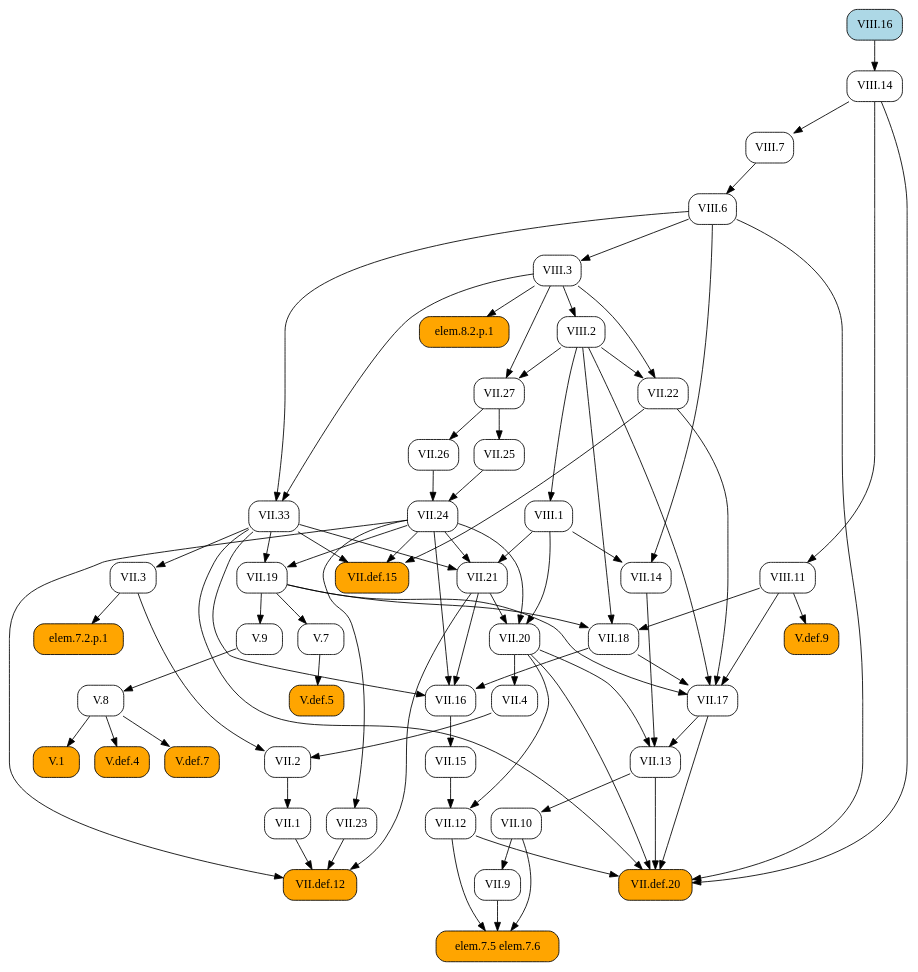
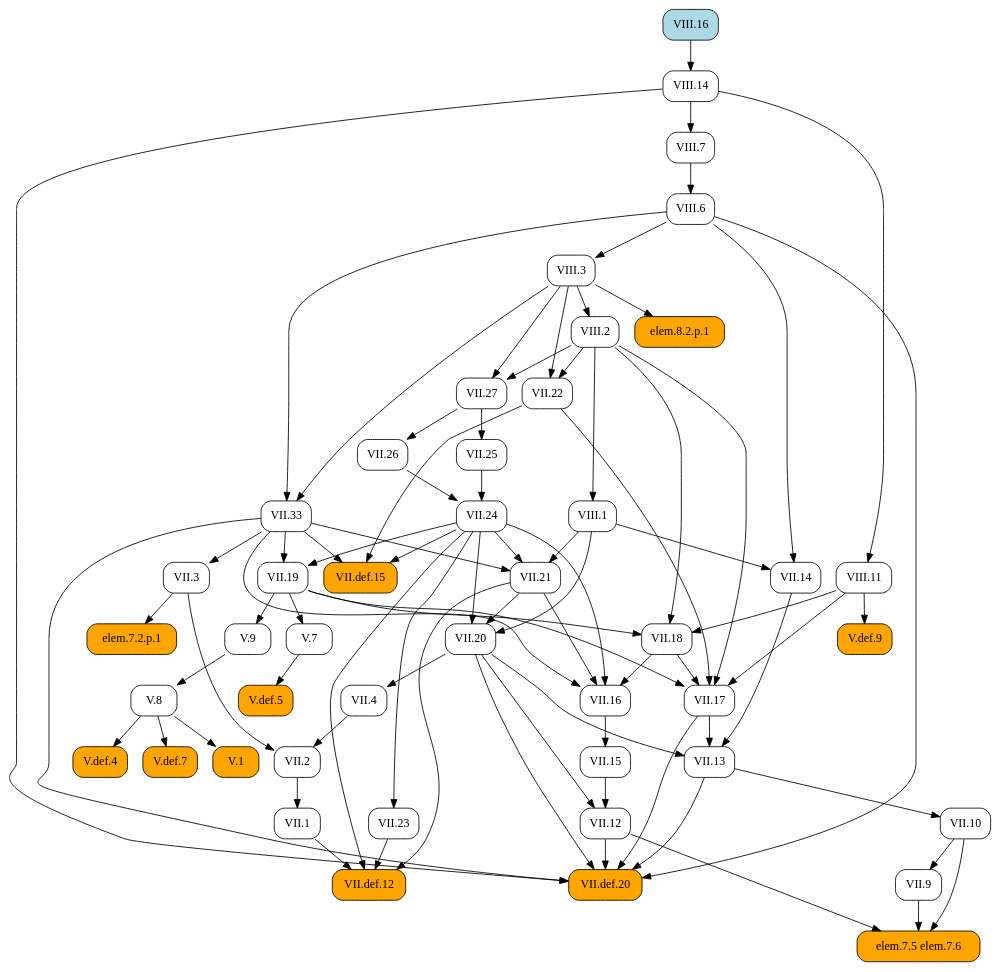
One commit to geometor/elements changed the diagram in docsrc/heath/VIII/16/index.rst. Above: the diagram before and after it, drawn with Graphviz. The commit also changed other lines of this file and 1029 other files, not shown here.

```diff
--- a/docsrc/heath/VIII/16/index.rst
+++ b/docsrc/heath/VIII/16/index.rst
@@ -36,83 +36,123 @@
    digraph {
      rankdir="TB";
      node [shape=box, style=rounded];
-     "V.1" [style="rounded,filled", fillcolor=orange, URL="/heath/V/1/", target="_top"];
+     "VII.1" [URL="/heath/VII/1/", target="_top"];
+     "VII.9" [URL="/heath/VII/9/", target="_top"];
+     "V.def.5" [style="rounded,filled", fillcolor=orange, URL="/heath/V/def.5/", target="_top"];
+     "VII.3" [URL="/heath/VII/3/", target="_top"];
+     "VII.17" [URL="/heath/VII/17/", target="_top"];
+     "elem.7.5 elem.7.6" [style="rounded,filled", fillcolor=orange];
+     "V.7" [URL="/heath/V/7/", target="_top"];
+     "V.9" [URL="/heath/V/9/", target="_top"];
+     "VII.13" [URL="/heath/VII/13/", target="_top"];
+     "VII.2" [URL="/heath/VII/2/", target="_top"];
+     "VIII.1" [URL="/heath/VIII/1/", target="_top"];
+     "VIII.2" [URL="/heath/VIII/2/", target="_top"];
+     "VIII.14" [URL="/heath/VIII/14/", target="_top"];
+     "VII.12" [URL="/heath/VII/12/", target="_top"];
      "VIII.16" [style="rounded,filled", fillcolor=lightblue, URL="/heath/VIII/16/", target="_top"];
-     "VII.12" [URL="/heath/VII/12/", target="_top"];
-     "VII.16" [URL="/heath/VII/16/", target="_top"];
-     "VII.13" [URL="/heath/VII/13/", target="_top"];
+     "VIII.6" [URL="/heath/VIII/6/", target="_top"];
+     "VII.24" [URL="/heath/VII/24/", target="_top"];
+     "VII.def.12" [style="rounded,filled", fillcolor=orange, URL="/heath/VII/def.12/", target="_top"];
+     "V.8" [URL="/heath/V/8/", target="_top"];
+     "VII.33" [URL="/heath/VII/33/", target="_top"];
+     "V.def.9" [style="rounded,filled", fillcolor=orange, URL="/heath/V/def.9/", target="_top"];
+     "elem.7.2.p.1" [style="rounded,filled", fillcolor=orange];
      "VIII.7" [URL="/heath/VIII/7/", target="_top"];
-     "VII.14" [URL="/heath/VII/14/", target="_top"];
-     "V.def.4" [style="rounded,filled", fillcolor=orange, URL="/heath/V/def.4/", target="_top"];
+     "VII.10" [URL="/heath/VII/10/", target="_top"];
      "VII.def.15" [style="rounded,filled", fillcolor=orange, URL="/heath/VII/def.15/", target="_top"];
      "VII.18" [URL="/heath/VII/18/", target="_top"];
-     "V.8" [URL="/heath/V/8/", target="_top"];
+     "VII.19" [URL="/heath/VII/19/", target="_top"];
+     "VIII.11" [URL="/heath/VIII/11/", target="_top"];
+     "VII.16" [URL="/heath/VII/16/", target="_top"];
+     "VII.26" [URL="/heath/VII/26/", target="_top"];
+     "VII.4" [URL="/heath/VII/4/", target="_top"];
+     "VII.25" [URL="/heath/VII/25/", target="_top"];
      "VII.21" [URL="/heath/VII/21/", target="_top"];
-     "V.7" [URL="/heath/V/7/", target="_top"];
+     "V.1" [style="rounded,filled", fillcolor=orange, URL="/heath/V/1/", target="_top"];
+     "VII.20" [URL="/heath/VII/20/", target="_top"];
+     "VII.14" [URL="/heath/VII/14/", target="_top"];
+     "VII.27" [URL="/heath/VII/27/", target="_top"];
+     "VIII.3" [URL="/heath/VIII/3/", target="_top"];
+     "V.def.4" [style="rounded,filled", fillcolor=orange, URL="/heath/V/def.4/", target="_top"];
+     "VII.22" [URL="/heath/VII/22/", target="_top"];
+     "V.def.7" [style="rounded,filled", fillcolor=orange, URL="/heath/V/def.7/", target="_top"];
+     "VII.23" [URL="/heath/VII/23/", target="_top"];
      "VII.15" [URL="/heath/VII/15/", target="_top"];
-     "VII.def.12" [style="rounded,filled", fillcolor=orange, URL="/heath/VII/def.12/", target="_top"];
-     "VII.2" [URL="/heath/VII/2/", target="_top"];
      "VII.def.20" [style="rounded,filled", fillcolor=orange, URL="/heath/VII/def.20/", target="_top"];
-     "VII.3" [URL="/heath/VII/3/", target="_top"];
-     "elem.7.5 elem.7.6" [style="rounded,filled", fillcolor=orange];
      "elem.8.2.p.1" [style="rounded,filled", fillcolor=orange];
-     "VII.10" [URL="/heath/VII/10/", target="_top"];
-     "V.def.7" [style="rounded,filled", fillcolor=orange, URL="/heath/V/def.7/", target="_top"];
-     "V.def.9" [style="rounded,filled", fillcolor=orange, URL="/heath/V/def.9/", target="_top"];
-     "VII.20" [URL="/heath/VII/20/", target="_top"];
-     "VIII.14" [URL="/heath/VIII/14/", target="_top"];
-     "VIII.11" [URL="/heath/VIII/11/", target="_top"];
-     "VII.9" [URL="/heath/VII/9/", target="_top"];
-     "VIII.1" [URL="/heath/VIII/1/", target="_top"];
-     "VII.25" [URL="/heath/VII/25/", target="_top"];
-     "VII.23" [URL="/heath/VII/23/", target="_top"];
-     "VII.27" [URL="/heath/VII/27/", target="_top"];
-     "VIII.2" [URL="/heath/VIII/2/", target="_top"];
-     "VII.24" [URL="/heath/VII/24/", target="_top"];
-     "VIII.3" [URL="/heath/VIII/3/", target="_top"];
-     "VII.19" [URL="/heath/VII/19/", target="_top"];
-     "VII.4" [URL="/heath/VII/4/", target="_top"];
-     "elem.7.2.p.1" [style="rounded,filled", fillcolor=orange];
-     "V.9" [URL="/heath/V/9/", target="_top"];
-     "VII.26" [URL="/heath/VII/26/", target="_top"];
-     "VIII.6" [URL="/heath/VIII/6/", target="_top"];
-     "VII.22" [URL="/heath/VII/22/", target="_top"];
-     "VII.1" [URL="/heath/VII/1/", target="_top"];
-     "VII.33" [URL="/heath/VII/33/", target="_top"];
-     "V.def.5" [style="rounded,filled", fillcolor=orange, URL="/heath/V/def.5/", target="_top"];
-     "VII.17" [URL="/heath/VII/17/", target="_top"];
-     "V.8" -> "V.1";
-     "VII.15" -> "VII.12";
-     "VII.20" -> "VII.12";
-     "VII.18" -> "VII.16";
-     "VII.21" -> "VII.16";
-     "VII.24" -> "VII.16";
-     "VII.33" -> "VII.16";
+     "VII.2" -> "VII.1";
+     "VII.10" -> "VII.9";
+     "V.7" -> "V.def.5";
+     "VII.33" -> "VII.3";
+     "VII.18" -> "VII.17";
+     "VII.19" -> "VII.17";
+     "VII.22" -> "VII.17";
+     "VIII.2" -> "VII.17";
+     "VIII.11" -> "VII.17";
+     "VII.9" -> "elem.7.5 elem.7.6";
+     "VII.10" -> "elem.7.5 elem.7.6";
+     "VII.12" -> "elem.7.5 elem.7.6";
+     "VII.19" -> "V.7";
+     "VII.19" -> "V.9";
      "VII.14" -> "VII.13";
      "VII.17" -> "VII.13";
      "VII.20" -> "VII.13";
+     "VII.3" -> "VII.2";
+     "VII.4" -> "VII.2";
+     "VIII.2" -> "VIII.1";
+     "VIII.3" -> "VIII.2";
+     "VIII.16" -> "VIII.14";
+     "VII.15" -> "VII.12";
+     "VII.20" -> "VII.12";
+     "VIII.7" -> "VIII.6";
+     "VII.25" -> "VII.24";
+     "VII.26" -> "VII.24";
+     "VII.1" -> "VII.def.12";
+     "VII.21" -> "VII.def.12";
+     "VII.23" -> "VII.def.12";
+     "VII.24" -> "VII.def.12";
+     "V.9" -> "V.8";
+     "VIII.3" -> "VII.33";
+     "VIII.6" -> "VII.33";
+     "VIII.11" -> "V.def.9";
+     "VII.3" -> "elem.7.2.p.1";
      "VIII.14" -> "VIII.7";
-     "VIII.1" -> "VII.14";
-     "VIII.6" -> "VII.14";
-     "V.8" -> "V.def.4";
+     "VII.13" -> "VII.10";
      "VII.22" -> "VII.def.15";
      "VII.24" -> "VII.def.15";
      "VII.33" -> "VII.def.15";
      "VII.19" -> "VII.18";
      "VIII.2" -> "VII.18";
      "VIII.11" -> "VII.18";
-     "V.9" -> "V.8";
+     "VII.24" -> "VII.19";
+     "VII.33" -> "VII.19";
+     "VIII.14" -> "VIII.11";
+     "VII.18" -> "VII.16";
+     "VII.21" -> "VII.16";
+     "VII.24" -> "VII.16";
+     "VII.33" -> "VII.16";
+     "VII.27" -> "VII.26";
+     "VII.20" -> "VII.4";
+     "VII.27" -> "VII.25";
      "VII.24" -> "VII.21";
      "VII.33" -> "VII.21";
      "VIII.1" -> "VII.21";
-     "VII.19" -> "V.7";
+     "V.8" -> "V.1";
+     "VII.21" -> "VII.20";
+     "VII.24" -> "VII.20";
+     "VIII.1" -> "VII.20";
+     "VIII.1" -> "VII.14";
+     "VIII.6" -> "VII.14";
+     "VIII.2" -> "VII.27";
+     "VIII.3" -> "VII.27";
+     "VIII.6" -> "VIII.3";
+     "V.8" -> "V.def.4";
+     "VIII.2" -> "VII.22";
+     "VIII.3" -> "VII.22";
+     "V.8" -> "V.def.7";
+     "VII.24" -> "VII.23";
      "VII.16" -> "VII.15";
-     "VII.1" -> "VII.def.12";
-     "VII.21" -> "VII.def.12";
-     "VII.23" -> "VII.def.12";
-     "VII.24" -> "VII.def.12";
-     "VII.3" -> "VII.2";
-     "VII.4" -> "VII.2";
      "VII.12" -> "VII.def.20";
      "VII.13" -> "VII.def.20";
      "VII.17" -> "VII.def.20";
@@ -120,45 +160,5 @@
      "VII.33" -> "VII.def.20";
      "VIII.6" -> "VII.def.20";
      "VIII.14" -> "VII.def.20";
-     "VII.33" -> "VII.3";
-     "VII.9" -> "elem.7.5 elem.7.6";
-     "VII.10" -> "elem.7.5 elem.7.6";
-     "VII.12" -> "elem.7.5 elem.7.6";
      "VIII.3" -> "elem.8.2.p.1";
-     "VII.13" -> "VII.10";
-     "V.8" -> "V.def.7";
-     "VIII.11" -> "V.def.9";
-     "VII.21" -> "VII.20";
-     "VII.24" -> "VII.20";
-     "VIII.1" -> "VII.20";
-     "VIII.16" -> "VIII.14";
-     "VIII.14" -> "VIII.11";
-     "VII.10" -> "VII.9";
-     "VIII.2" -> "VIII.1";
-     "VII.27" -> "VII.25";
-     "VII.24" -> "VII.23";
-     "VIII.2" -> "VII.27";
-     "VIII.3" -> "VII.27";
-     "VIII.3" -> "VIII.2";
-     "VII.25" -> "VII.24";
-     "VII.26" -> "VII.24";
-     "VIII.6" -> "VIII.3";
-     "VII.24" -> "VII.19";
-     "VII.33" -> "VII.19";
-     "VII.20" -> "VII.4";
-     "VII.3" -> "elem.7.2.p.1";
-     "VII.19" -> "V.9";
-     "VII.27" -> "VII.26";
-     "VIII.7" -> "VIII.6";
-     "VIII.2" -> "VII.22";
-     "VIII.3" -> "VII.22";
-     "VII.2" -> "VII.1";
-     "VIII.3" -> "VII.33";
-     "VIII.6" -> "VII.33";
-     "V.7" -> "V.def.5";
-     "VII.18" -> "VII.17";
-     "VII.19" -> "VII.17";
-     "VII.22" -> "VII.17";
-     "VIII.2" -> "VII.17";
-     "VIII.11" -> "VII.17";
    }
```
